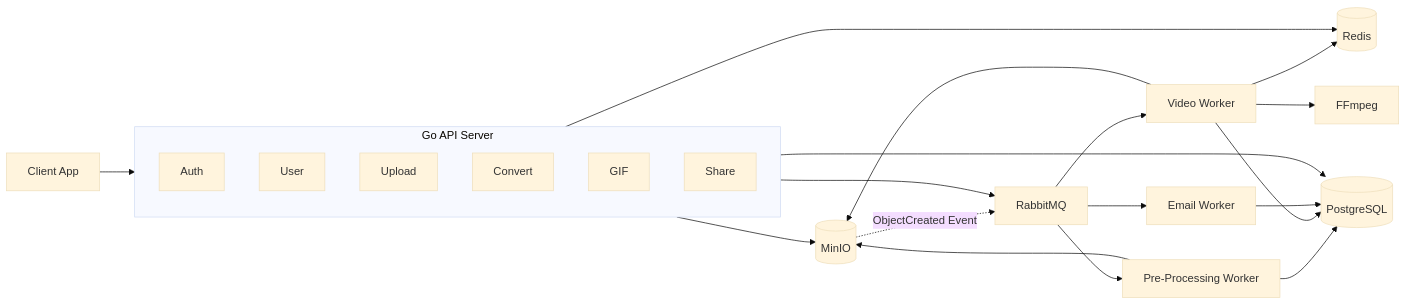
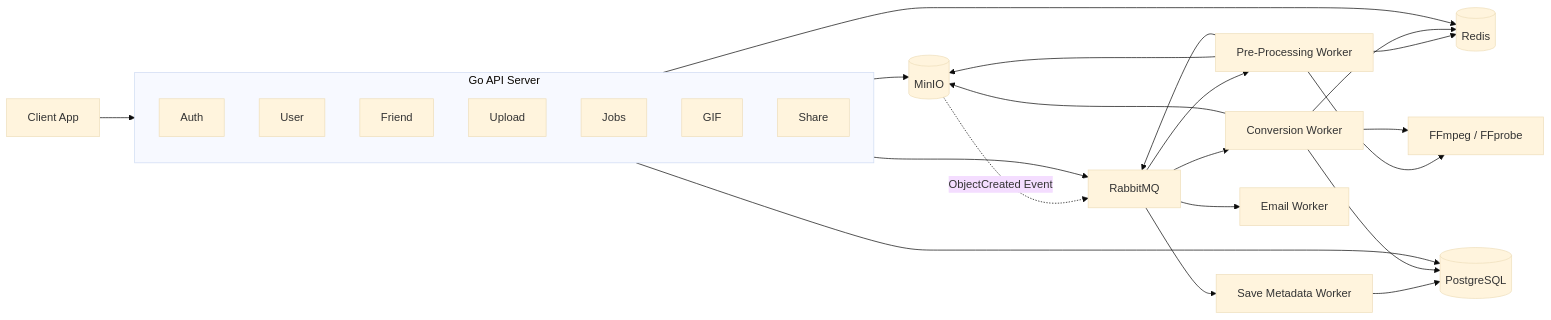
Before and after one commit to labib0x9/FFgif: the first of 3 diagrams in README.md, drawn with Mermaid (base theme). The commit also changed other lines of this file, not shown here.

Commit message:
docs: comprehensive update to README (overview, architecture diagrams, tech stack, project structure, and API overview)

````diff
--- a/README.md
+++ b/README.md
@@ -32,49 +81,53 @@
 ```mermaid
 flowchart LR
-
     Client["Client App"]
 
     subgraph API["Go API Server"]
         Auth["Auth"]
         User["User"]
+        Friend["Friend"]
         Upload["Upload"]
-        Convert["Convert"]
+        Convert["Jobs"]
         GIF["GIF"]
         Share["Share"]
     end
 
     PG[("PostgreSQL")]
     Redis[("Redis")]
     MinIO[("MinIO")]
     RabbitMQ["RabbitMQ"]
 
     PreWorker["Pre-Processing Worker"]
-    VideoWorker["Video Worker"]
+    ConvertWorker["Conversion Worker"]
+    SaveWorker["Save Metadata Worker"]
     EmailWorker["Email Worker"]
 
-    FFmpeg["FFmpeg"]
+    FFmpeg["FFmpeg / FFprobe"]
 
     Client --> API
 
     API --> PG
     API --> Redis
     API --> MinIO
     API --> RabbitMQ
 
     %% Upload pipeline
-    MinIO -. ObjectCreated Event .-> RabbitMQ
+    MinIO -.->|ObjectCreated Event| RabbitMQ
     RabbitMQ --> PreWorker
     PreWorker --> MinIO
-    PreWorker --> PG
+    PreWorker --> FFmpeg
+    PreWorker --> Redis
+    PreWorker --> RabbitMQ
+    RabbitMQ --> SaveWorker
+    SaveWorker --> PG
 
     %% Conversion pipeline
-    RabbitMQ --> VideoWorker
-    VideoWorker --> MinIO
-    VideoWorker --> FFmpeg
-    VideoWorker --> Redis
-    VideoWorker --> PG
+    RabbitMQ --> ConvertWorker
+    ConvertWorker --> MinIO
+    ConvertWorker --> FFmpeg
+    ConvertWorker --> Redis
+    ConvertWorker --> PG
 
     %% Email pipeline
     RabbitMQ --> EmailWorker
-    EmailWorker --> PG
 ```
````
